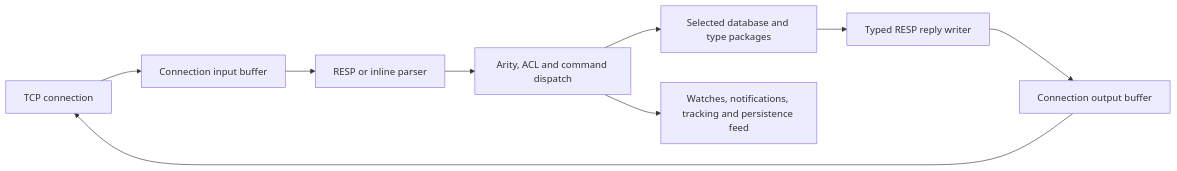
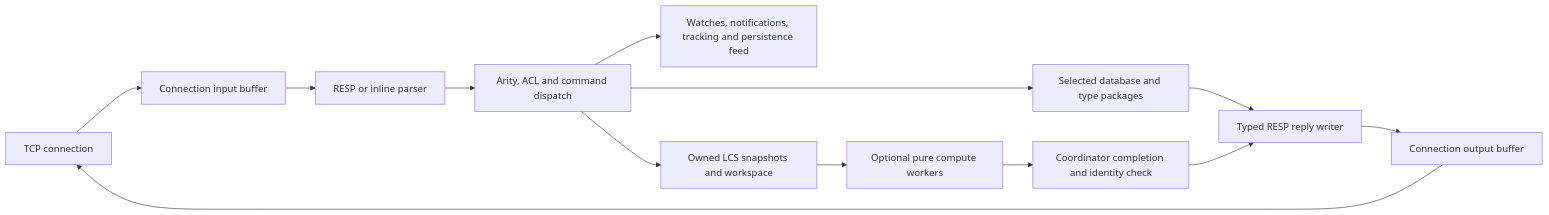
Before and after one commit to vighnesh-bheed/eski: the first of 2 diagrams in docs/architecture.md, drawn with Mermaid. The commit also changed other lines of this file and 31 other files, not shown here.

Commit message:
Add opt-in LCS compute workers

````diff
--- a/docs/architecture.md
+++ b/docs/architecture.md
@@ -5,11 +5,15 @@
 ```mermaid
 flowchart LR
     Socket[TCP connection] --> Input[Connection input buffer]
     Input --> Parser[RESP or inline parser]
     Parser --> Dispatch[Arity, ACL and command dispatch]
     Dispatch --> Keys[Selected database and type packages]
     Keys --> Reply[Typed RESP reply writer]
     Reply --> Output[Connection output buffer]
     Output --> Socket
     Dispatch --> Effects[Watches, notifications, tracking and persistence feed]
+    Dispatch --> Snapshot[Owned LCS snapshots and workspace]
+    Snapshot --> Compute[Optional pure compute workers]
+    Compute --> Complete[Coordinator completion and identity check]
+    Complete --> Reply
 ```
````
